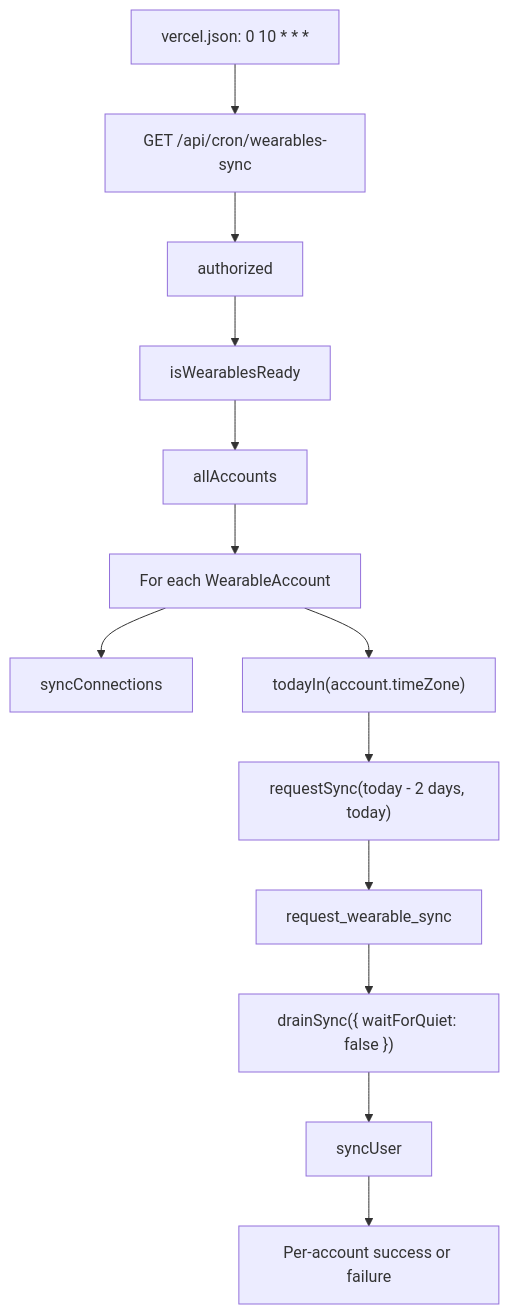
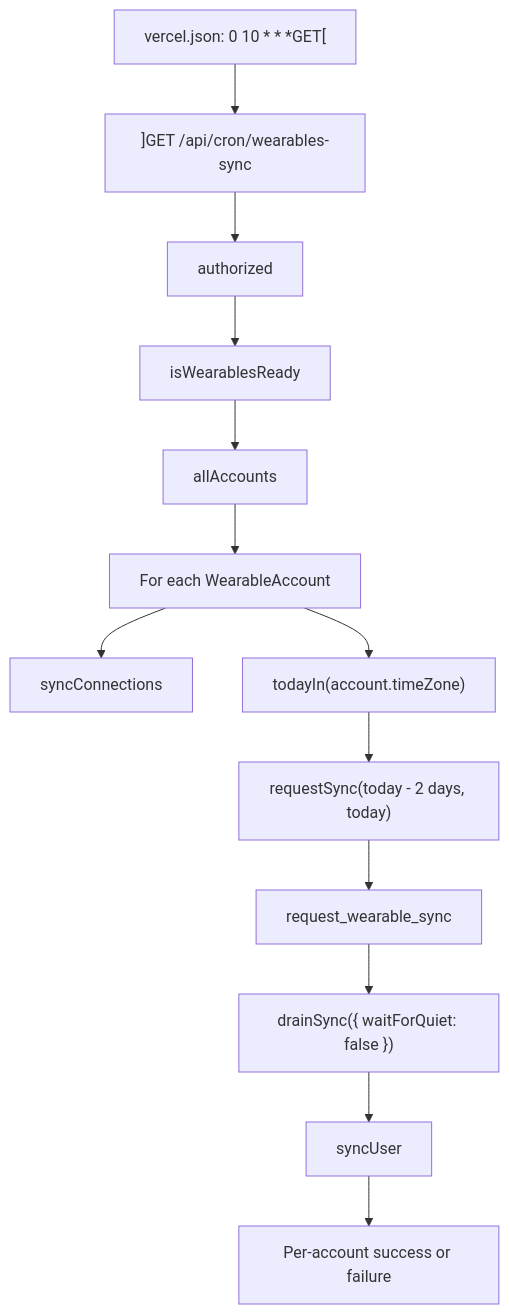
The fifth of 5 diagrams in pages/4.2-sync-queue-webhooks-cron.md (jarrettheflin/immune-fit-Devin-Wiki), drawn with Mermaid before and after one commit. The commit also changed 22 other files, not shown here.

Commit message:
Repair Mermaid syntax so all 67 diagrams render on GitHub

````diff
--- a/pages/4.2-sync-queue-webhooks-cron.md
+++ b/pages/4.2-sync-queue-webhooks-cron.md
@@ -210,15 +210,15 @@
 ```mermaid
 flowchart TD
-  SCHEDULE["vercel.json: 0 10 * * *"] --> GET["GET /api/cron/wearables-sync"]
+  SCHEDULE["vercel.json: 0 10 * * *GET["] --> GET["]GET /api/cron/wearables-sync"]
   GET --> AUTH["authorized"]
   AUTH --> READY["isWearablesReady"]
   READY --> ACCOUNTS["allAccounts"]
   ACCOUNTS --> LOOP["For each WearableAccount"]
   LOOP --> CONNECTIONS["syncConnections"]
   LOOP --> TODAY["todayIn(account.timeZone)"]
   TODAY --> REQUEST["requestSync(today - 2 days, today)"]
   REQUEST --> RPC["request_wearable_sync"]
   RPC --> DRAIN["drainSync({ waitForQuiet: false })"]
   DRAIN --> SYNC["syncUser"]
   SYNC --> RESULT["Per-account success or failure"]
 ```
````
